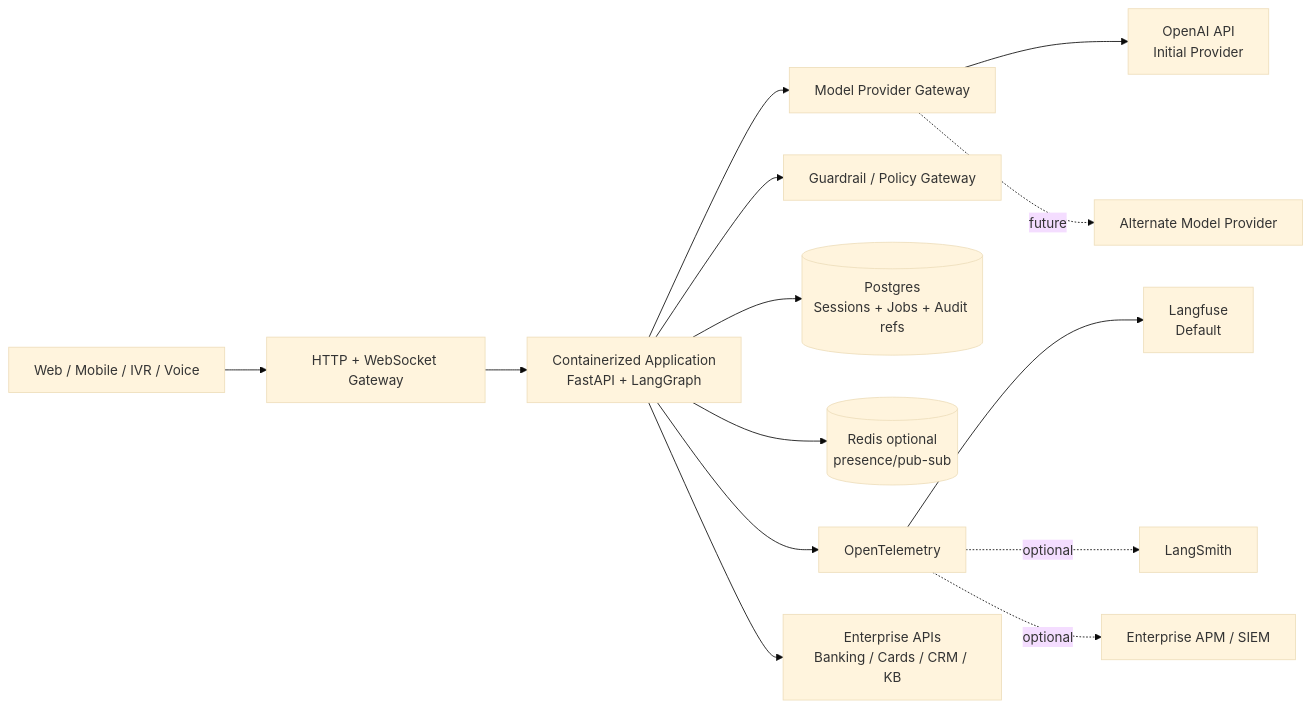
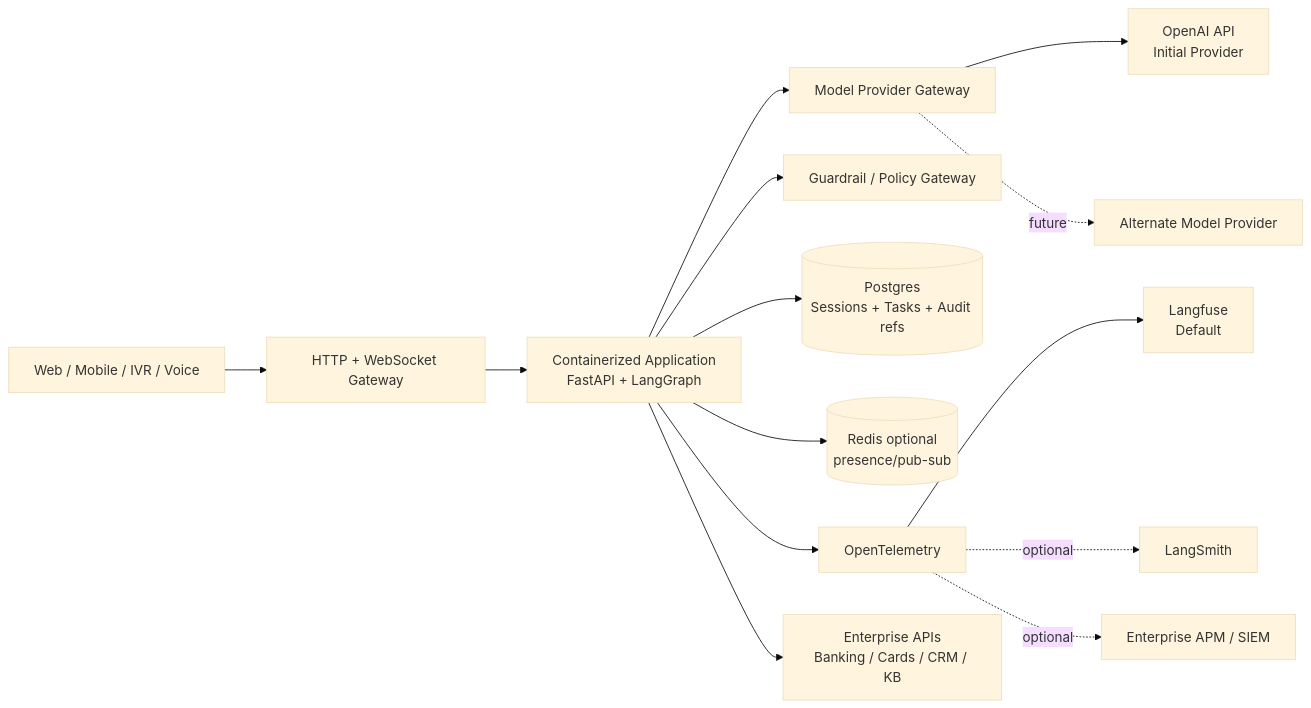
Before and after one commit to bhochhi/nexus: the ninth of 9 diagrams in docs/Architecture3.md, drawn with Mermaid (base theme). The commit also changed other lines of this file and 38 other files, not shown here.

First line of the commit message:
feat: standardize skill architecture and conversational routing

````diff
--- a/docs/Architecture3.md
+++ b/docs/Architecture3.md
@@ -818,16 +879,16 @@
 ```mermaid
 flowchart LR
     Client[Web / Mobile / IVR / Voice] --> GW[HTTP + WebSocket Gateway]
     GW --> APP[Containerized Application\nFastAPI + LangGraph]
     APP --> MPG[Model Provider Gateway]
     MPG --> OAI[OpenAI API\nInitial Provider]
     MPG -. future .-> ALT[Alternate Model Provider]
     APP --> GP[Guardrail / Policy Gateway]
-    APP --> DB[(Postgres\nSessions + Jobs + Audit refs)]
+    APP --> DB[(Postgres\nSessions + Tasks + Audit refs)]
     APP --> CACHE[(Redis optional\npresence/pub-sub)]
     APP --> OTEL[OpenTelemetry]
     OTEL --> LF[Langfuse\nDefault]
     OTEL -. optional .-> LS[LangSmith]
     OTEL -. optional .-> APM[Enterprise APM / SIEM]
     APP --> INT[Enterprise APIs\nBanking / Cards / CRM / KB]
 ```
````
